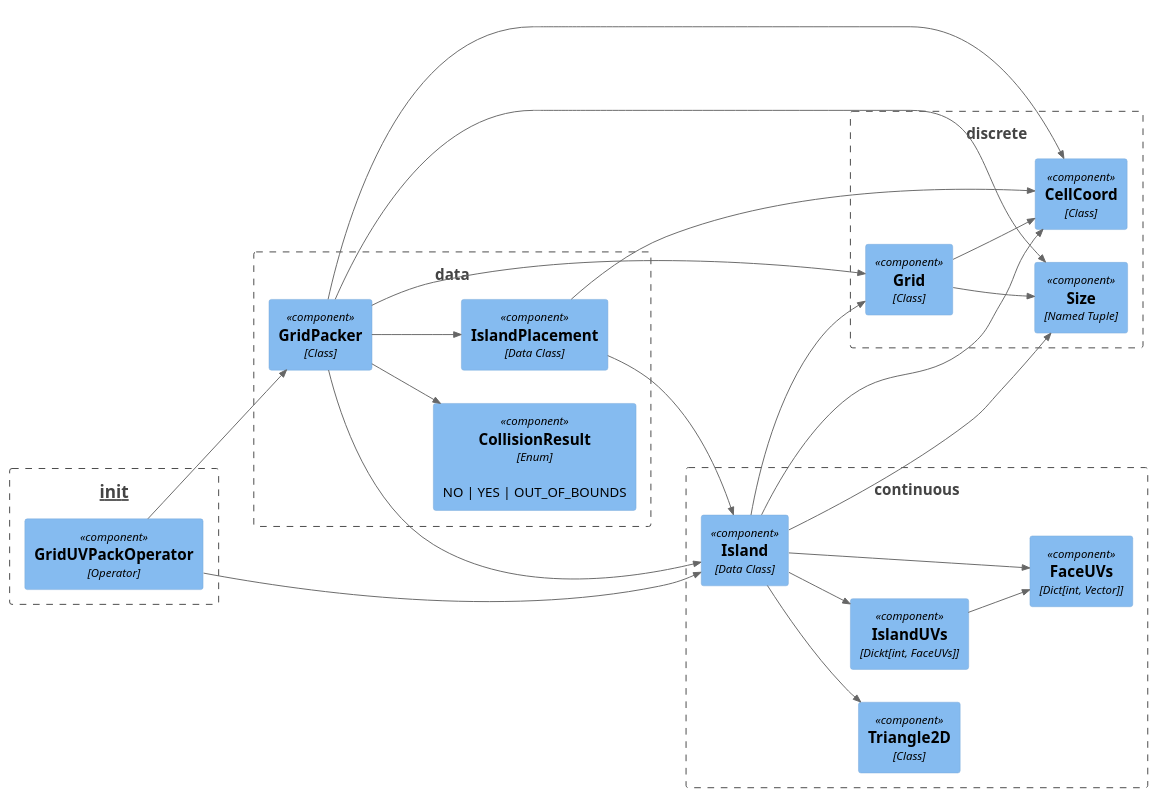
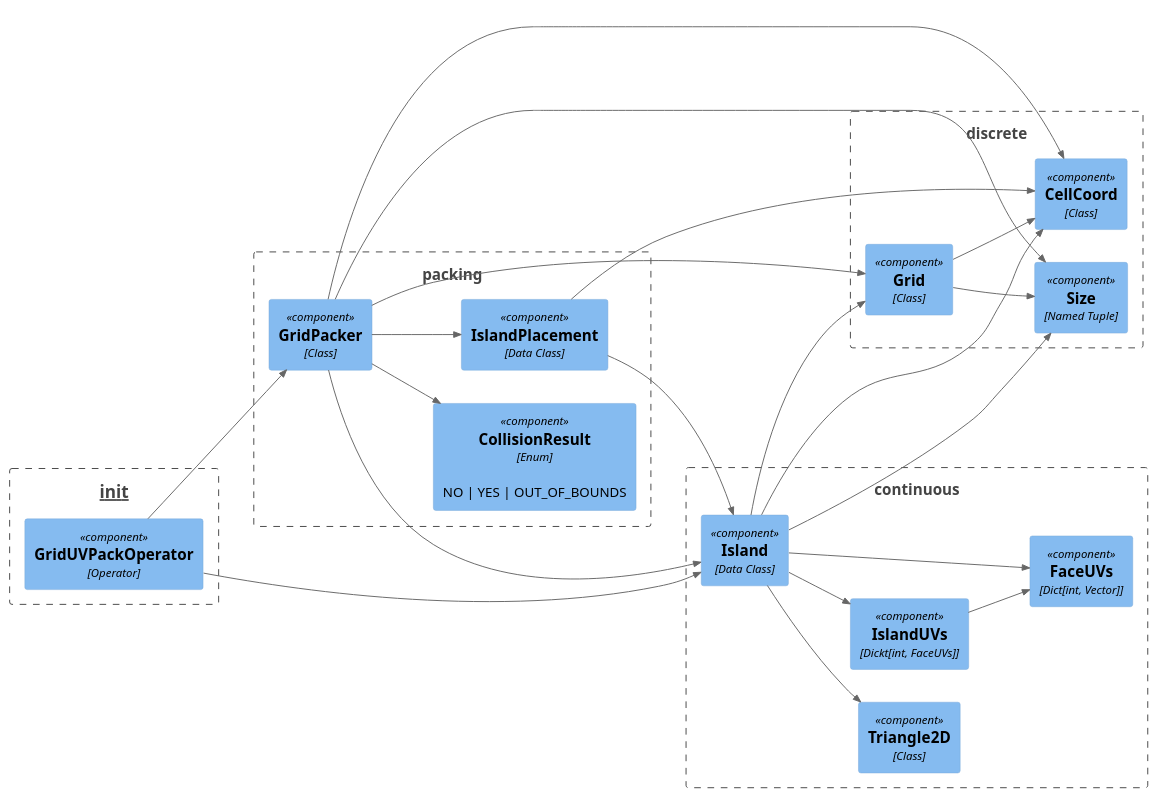
The diagram in doc/arch/Component_Diagram.plantuml (muhuk/grid-uv-packer), drawn with PlantUML before and after one commit. The commit also changed other lines of this file and 2 other files, not shown here.

Commit message:
Rename guvp.data as guvp.packing.

```diff
--- a/doc/arch/Component_Diagram.plantuml
+++ b/doc/arch/Component_Diagram.plantuml
@@ -1,54 +1,54 @@
 @startuml Component_Diagram
 !include ../c4/C4_Component.puml
 LAYOUT_LEFT_RIGHT()
 
 Boundary(moduleInit, "__init__") {
   Component(gridUvPackOperator, "GridUVPackOperator", "Operator")
 }
 
 Boundary(moduleContinuous, "continuous") {
   Component(faceUvs, "FaceUVs", "Dict[int, Vector]")
   Component(islandUvs, "IslandUVs", "Dickt[int, FaceUVs]")
   Component(island, "Island", "Data Class")
   Component(triangle2d, "Triangle2D", "Class")
 
   Rel(island, faceUvs, " ")
   Rel(island, islandUvs, " ")
   Rel(island, triangle2d, " ")
 
   Rel(islandUvs, faceUvs, " ")
 }
 
-Boundary(moduleData, "data") {
+Boundary(moduleData, "packing") {
   Component(collisionResult, "CollisionResult", "Enum", "NO | YES | OUT_OF_BOUNDS")
   Component(gridPacker, "GridPacker", "Class")
   Component(islandPlacement, "IslandPlacement", "Data Class")
 
   Rel(gridPacker, collisionResult, " ")
   Rel(gridPacker, islandPlacement, " ")
 }
 
 Boundary(moduleDiscrete, "discrete") {
   Component(cellCoord, "CellCoord", "Class")
   Component(grid, "Grid", "Class")
   Component(size, "Size", "Named Tuple")
 
   Rel(grid, cellCoord, " ")
   Rel(grid, size, " ")
 }
 
 Rel(gridUvPackOperator, gridPacker, " ")
 Rel(gridUvPackOperator, island, " ")
 
 Rel(gridPacker, cellCoord, " ")
 Rel(gridPacker, grid, " ")
 Rel(gridPacker, island, " ")
 Rel(gridPacker, size, " ")
 
 Rel(island, cellCoord, " ")
 Rel(island, grid, " ")
 Rel(island, size, " ")
 
 Rel(islandPlacement, island, " ")
 Rel(islandPlacement, cellCoord, " ")
 @enduml
```
